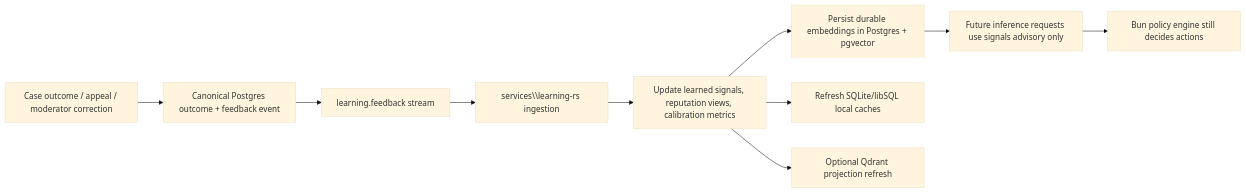
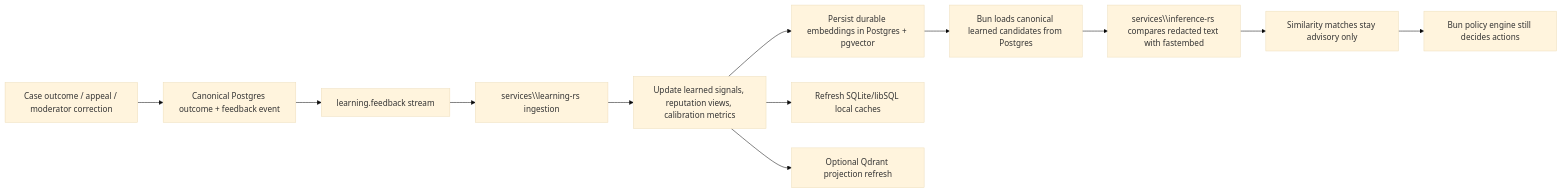
The diagram in docs/learning.md (Yeusepe/humanify), drawn with Mermaid (base theme) before and after one commit. The commit also changed other lines of this file and 16 other files, not shown here.

````diff
--- a/docs/learning.md
+++ b/docs/learning.md
@@ -40,12 +40,14 @@
 ```mermaid
 flowchart LR
   A[Case outcome / appeal / moderator correction] --> B[Canonical Postgres outcome + feedback event]
   B --> C[learning.feedback stream]
   C --> D[services\\learning-rs ingestion]
   D --> E[Update learned signals, reputation views, calibration metrics]
   E --> F[Persist durable embeddings in Postgres + pgvector]
   E --> G[Refresh SQLite/libSQL local caches]
   E --> H[Optional Qdrant projection refresh]
-  F --> I[Future inference requests use signals advisory only]
-  I --> J[Bun policy engine still decides actions]
+  F --> I[Bun loads canonical learned candidates from Postgres]
+  I --> J[services\\inference-rs compares redacted text with fastembed]
+  J --> K[Similarity matches stay advisory only]
+  K --> L[Bun policy engine still decides actions]
 ```
````
